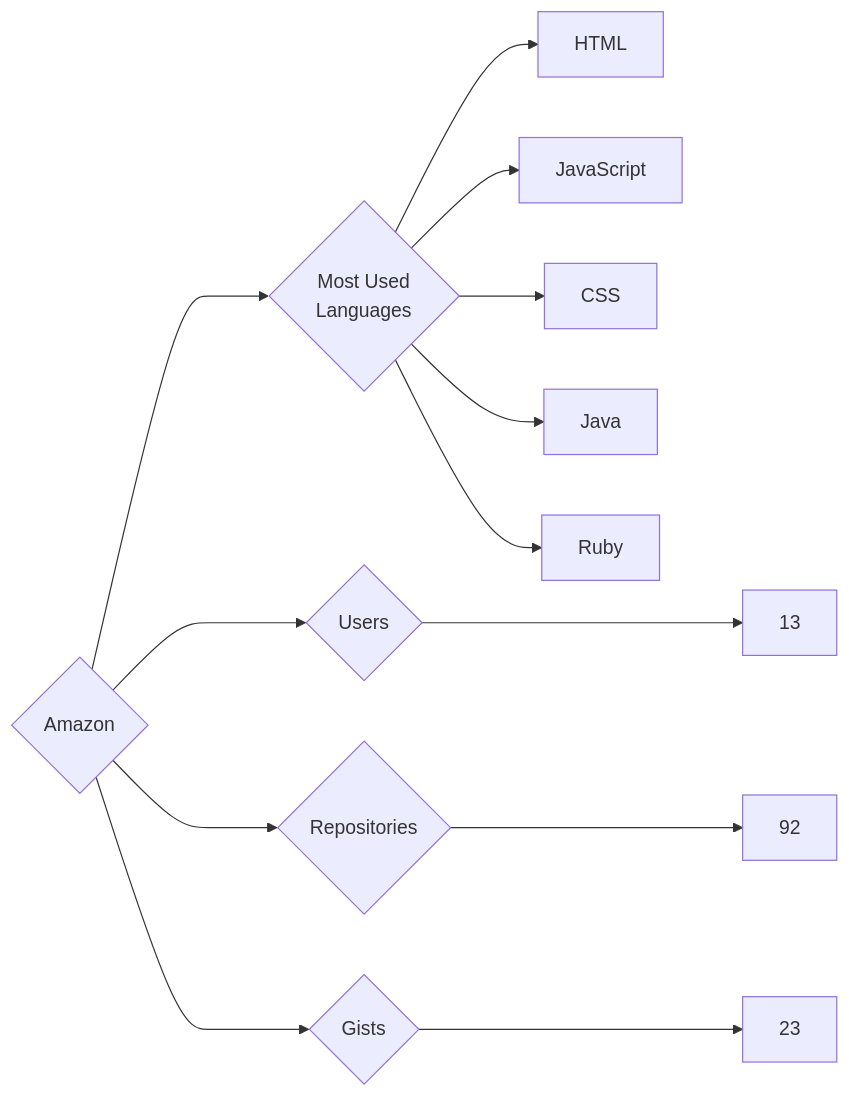
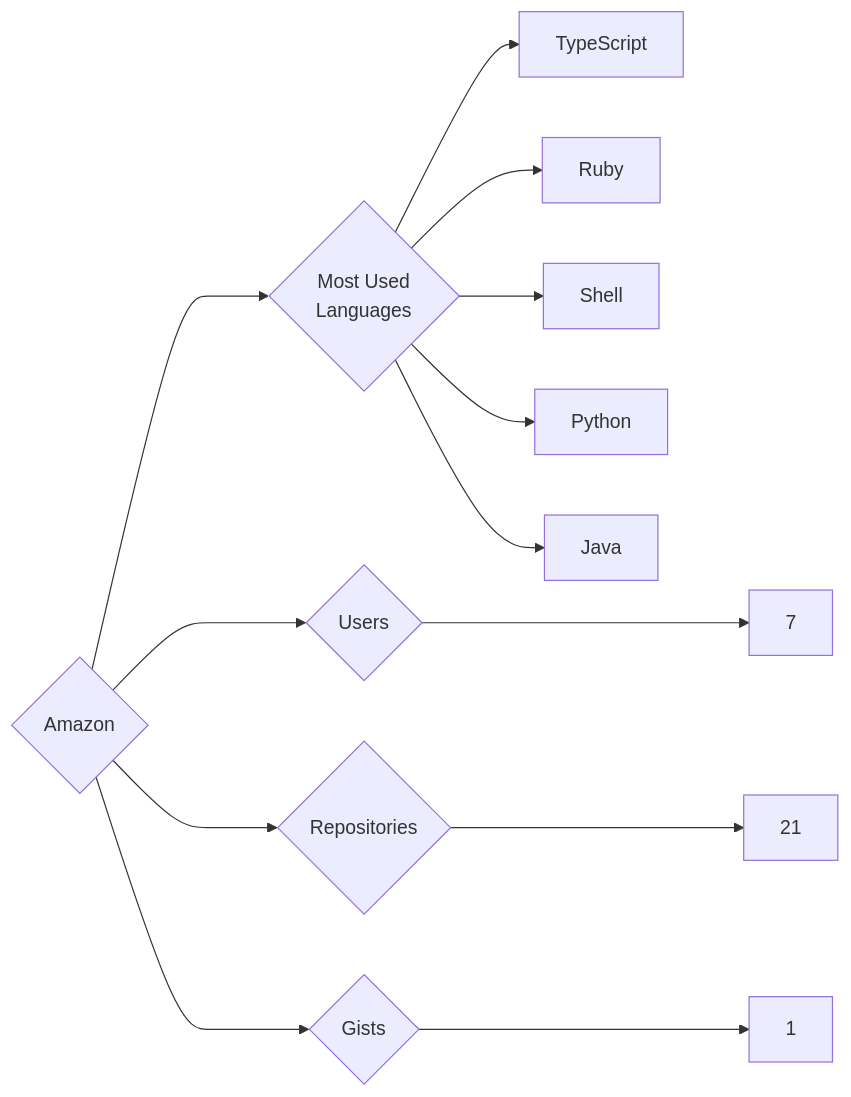
Before and after one commit to trickest/insiders: the diagram in targets/Amazon/README.md, drawn with Mermaid. The commit also changed 912 other files, not shown here.

````diff
--- a/targets/Amazon/README.md
+++ b/targets/Amazon/README.md
@@ -3,13 +3,13 @@
 ```mermaid
 graph LR
 COMPANY_NAME{Amazon}
-COMPANY_NAME ---> U{Users} ---> UN[13]
-COMPANY_NAME ---> R{Repositories} ---> RN[92]
-COMPANY_NAME ---> G{Gists} ---> GN[23]
+COMPANY_NAME ---> U{Users} ---> UN[7]
+COMPANY_NAME ---> R{Repositories} ---> RN[21]
+COMPANY_NAME ---> G{Gists} ---> GN[1]
 COMPANY_NAME ---> ML{Most Used<br>Languages}
-ML --> HTML[HTML]
-ML --> JavaScript[JavaScript]
-ML --> CSS[CSS]
+ML --> TypeScript[TypeScript]
+ML --> Ruby[Ruby]
+ML --> Shell[Shell]
+ML --> Python[Python]
 ML --> Java[Java]
-ML --> Ruby[Ruby]
 ```
````
